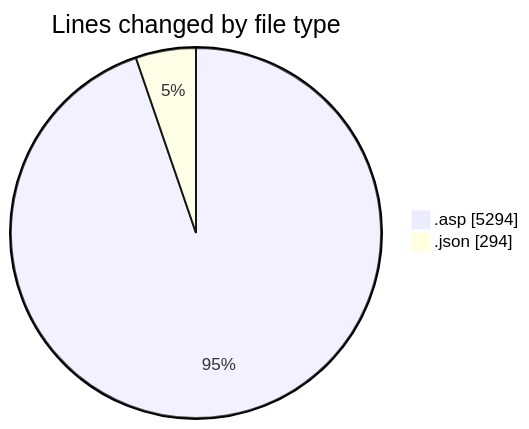
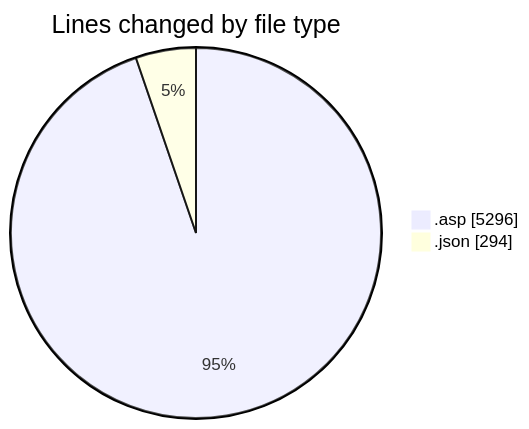
The first of 2 diagrams in 2025-10-27/usr_aleoudev_fr__workspace_/README.md (julien-gomy/code-tracking), drawn with Mermaid before and after one commit. The commit also changed other lines of this file and 1 other file, not shown here.

````diff
--- a/2025-10-27/usr_aleoudev_fr__workspace_/README.md
+++ b/2025-10-27/usr_aleoudev_fr__workspace_/README.md
@@ -26,6 +26,6 @@
 ```mermaid
 pie showData
 title Lines changed by file type
-".asp" : 5294
+".asp" : 5296
 ".json" : 294
 ```
````
